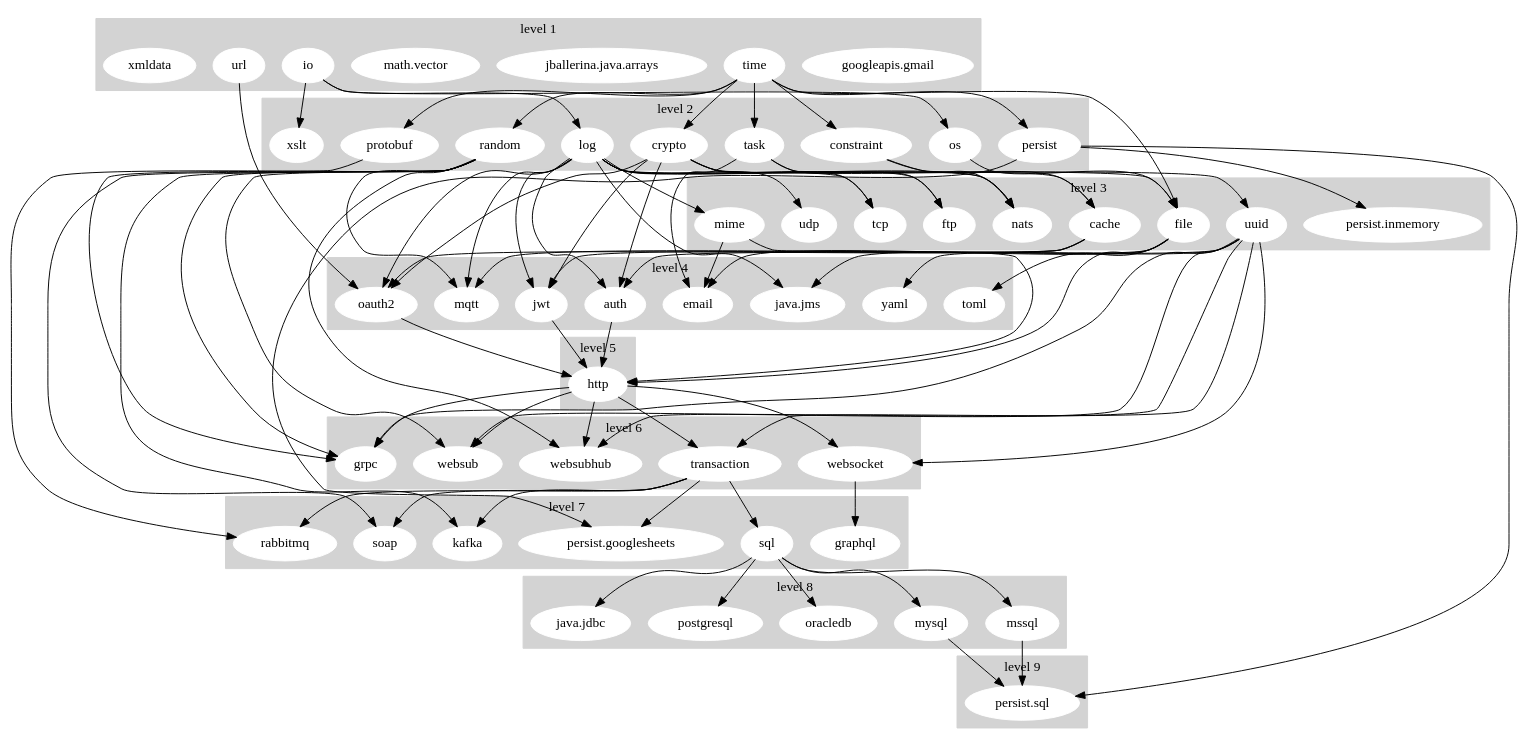
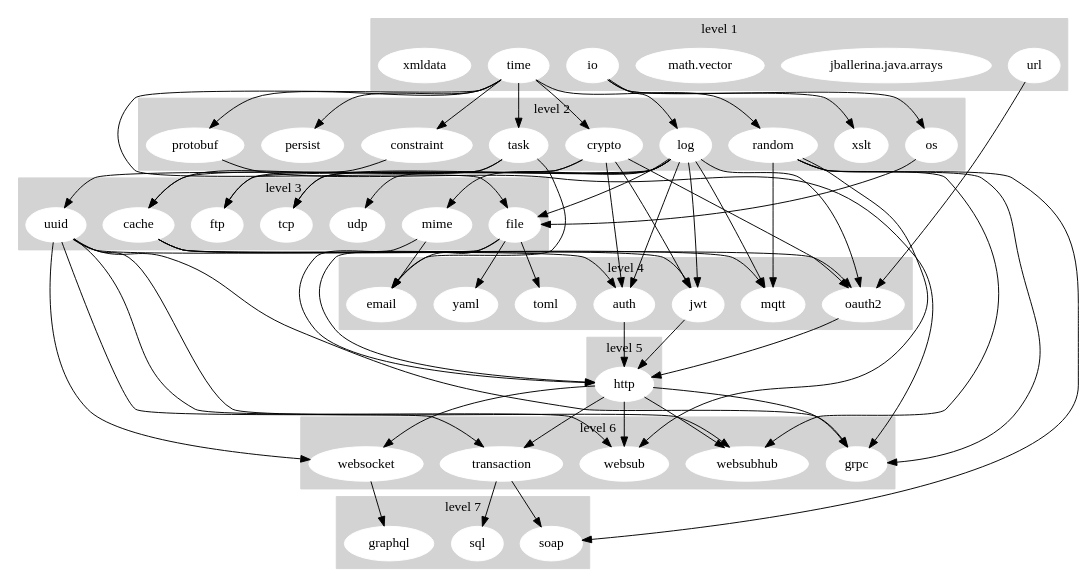
The diagram in dashboard/stdlib_graph.gv (ballerina-platform/ballerina-release), drawn with Graphviz before and after one commit.

Commit message:
[Automated] Update Stdlib Dependency Graph

```diff
--- a/dashboard/stdlib_graph.gv
+++ b/dashboard/stdlib_graph.gv
@@ -1,180 +1,137 @@
 digraph "Stdlib Dependency Graph" {
 	subgraph cluster_1 {
 		node [color=white style=filled]
 		color=lightgrey style=filled
-		"googleapis.gmail"
 		io
 		"jballerina.java.arrays"
 		"math.vector"
 		time
 		url
 		xmldata
 		label="level 1"
 	}
 	subgraph cluster_2 {
 		node [color=white style=filled]
 		color=lightgrey style=filled
 		constraint
 		crypto
 		log
 		os
 		persist
 		protobuf
 		random
 		task
 		xslt
 		label="level 2"
 	}
 	subgraph cluster_3 {
 		node [color=white style=filled]
 		color=lightgrey style=filled
 		cache
 		file
 		ftp
 		mime
-		nats
-		"persist.inmemory"
 		tcp
 		udp
 		uuid
 		label="level 3"
 	}
 	subgraph cluster_4 {
 		node [color=white style=filled]
 		color=lightgrey style=filled
 		auth
 		email
-		"java.jms"
 		jwt
 		mqtt
 		oauth2
 		toml
 		yaml
 		label="level 4"
 	}
 	subgraph cluster_5 {
 		node [color=white style=filled]
 		color=lightgrey style=filled
 		http
 		label="level 5"
 	}
 	subgraph cluster_6 {
 		node [color=white style=filled]
 		color=lightgrey style=filled
 		grpc
 		transaction
 		websocket
 		websub
 		websubhub
 		label="level 6"
 	}
 	subgraph cluster_7 {
 		node [color=white style=filled]
 		color=lightgrey style=filled
 		graphql
-		kafka
-		"persist.googlesheets"
-		rabbitmq
 		soap
 		sql
 		label="level 7"
-	}
-	subgraph cluster_8 {
-		node [color=white style=filled]
-		color=lightgrey style=filled
-		"java.jdbc"
-		mssql
-		mysql
-		oracledb
-		postgresql
-		label="level 8"
-	}
-	subgraph cluster_9 {
-		node [color=white style=filled]
-		color=lightgrey style=filled
-		"persist.sql"
-		label="level 9"
 	}
 	io -> log
 	io -> os
 	io -> xslt
 	time -> constraint
 	time -> crypto
 	time -> file
 	time -> persist
 	time -> protobuf
 	time -> random
 	time -> task
 	url -> oauth2
 	constraint -> cache
-	constraint -> nats
 	crypto -> auth
 	crypto -> jwt
-	crypto -> nats
 	crypto -> oauth2
 	crypto -> tcp
 	crypto -> uuid
 	log -> auth
 	log -> file
 	log -> ftp
-	log -> "java.jms"
 	log -> jwt
 	log -> mime
 	log -> mqtt
-	log -> nats
 	log -> oauth2
 	log -> tcp
 	log -> udp
 	os -> file
-	persist -> "persist.googlesheets"
-	persist -> "persist.inmemory"
-	persist -> "persist.sql"
 	protobuf -> grpc
 	random -> grpc
-	random -> kafka
 	random -> mqtt
-	random -> rabbitmq
 	random -> soap
 	random -> websub
 	random -> websubhub
 	task -> cache
 	task -> email
 	task -> ftp
 	cache -> auth
 	cache -> jwt
 	cache -> oauth2
 	file -> email
 	file -> http
 	file -> toml
 	file -> yaml
 	mime -> email
 	mime -> http
 	uuid -> grpc
-	uuid -> "java.jms"
 	uuid -> mqtt
 	uuid -> transaction
 	uuid -> websocket
 	uuid -> websub
 	uuid -> websubhub
 	auth -> http
 	jwt -> http
 	oauth2 -> http
 	http -> grpc
 	http -> transaction
 	http -> websocket
 	http -> websub
 	http -> websubhub
-	transaction -> kafka
-	transaction -> "persist.googlesheets"
-	transaction -> rabbitmq
 	transaction -> soap
 	transaction -> sql
 	websocket -> graphql
-	sql -> "java.jdbc"
-	sql -> mssql
-	sql -> mysql
-	sql -> oracledb
-	sql -> postgresql
-	mssql -> "persist.sql"
-	mysql -> "persist.sql"
 }
```
